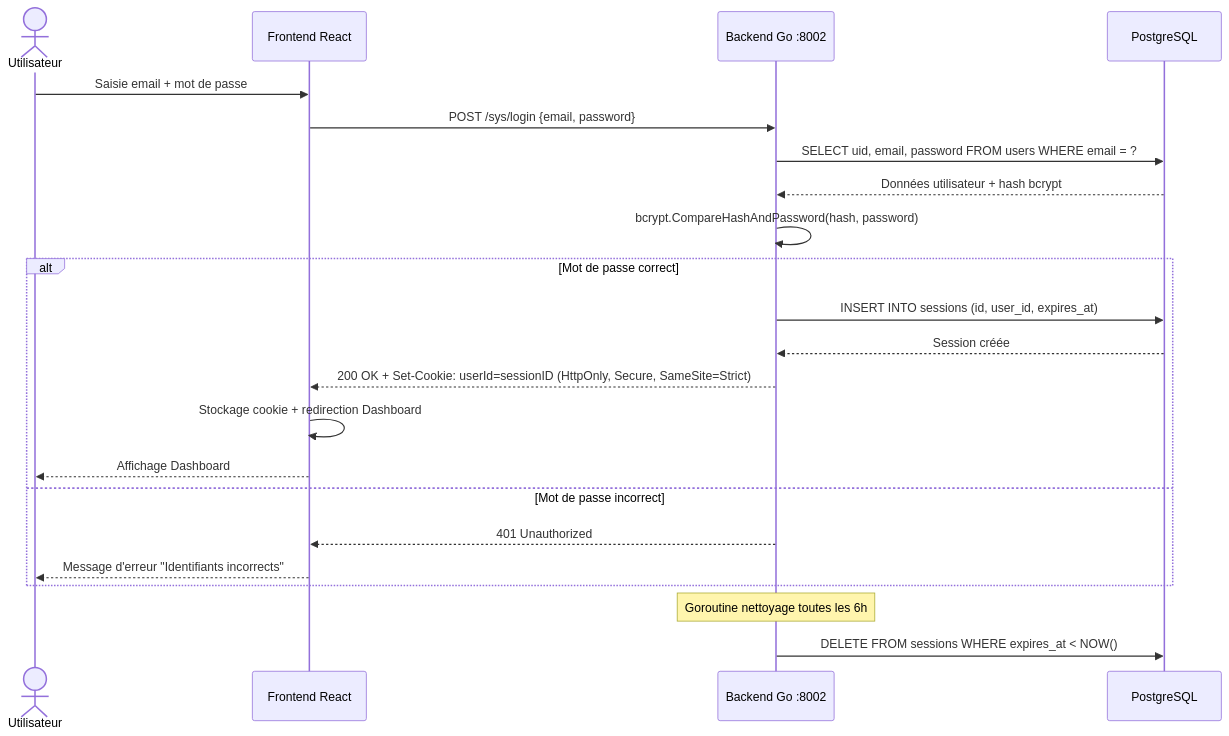
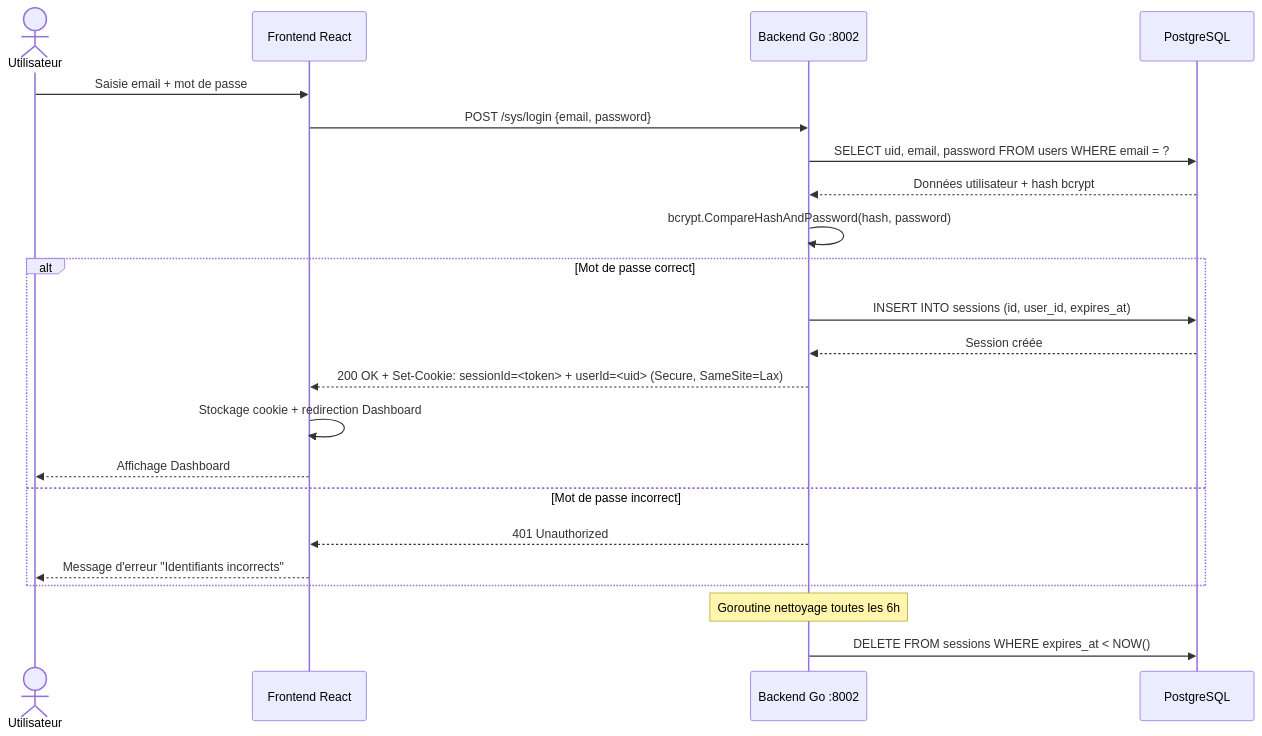
The fourth of 11 diagrams in doc/diagrammes.md (GwEnDoO27/Certif), drawn with Mermaid before and after one commit. The commit also changed other lines of this file and 8 other files, not shown here.

````diff
--- a/doc/diagrammes.md
+++ b/doc/diagrammes.md
@@ -296,27 +296,27 @@
 ```mermaid
 sequenceDiagram
     actor U as Utilisateur
     participant F as Frontend React
     participant B as Backend Go :8002
     participant DB as PostgreSQL
 
     U->>F: Saisie email + mot de passe
     F->>B: POST /sys/login {email, password}
     B->>DB: SELECT uid, email, password FROM users WHERE email = ?
     DB-->>B: Données utilisateur + hash bcrypt
     B->>B: bcrypt.CompareHashAndPassword(hash, password)
 
     alt Mot de passe correct
         B->>DB: INSERT INTO sessions (id, user_id, expires_at)
         DB-->>B: Session créée
-        B-->>F: 200 OK + Set-Cookie: userId=sessionID (HttpOnly, Secure, SameSite=Strict)
+        B-->>F: 200 OK + Set-Cookie: sessionId=<token> + userId=<uid> (Secure, SameSite=Lax)
         F->>F: Stockage cookie + redirection Dashboard
         F-->>U: Affichage Dashboard
     else Mot de passe incorrect
         B-->>F: 401 Unauthorized
         F-->>U: Message d'erreur "Identifiants incorrects"
     end
 
     Note over B: Goroutine nettoyage toutes les 6h
     B->>DB: DELETE FROM sessions WHERE expires_at < NOW()
 ```
````
